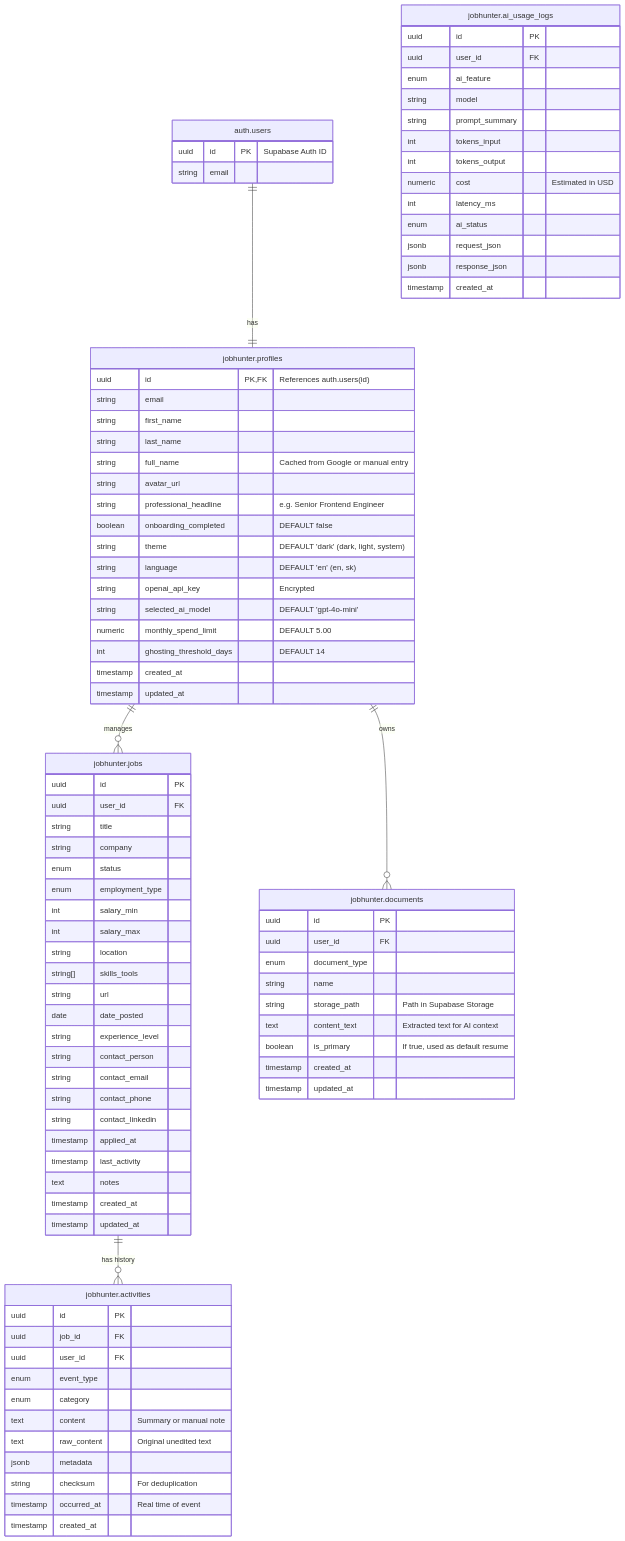
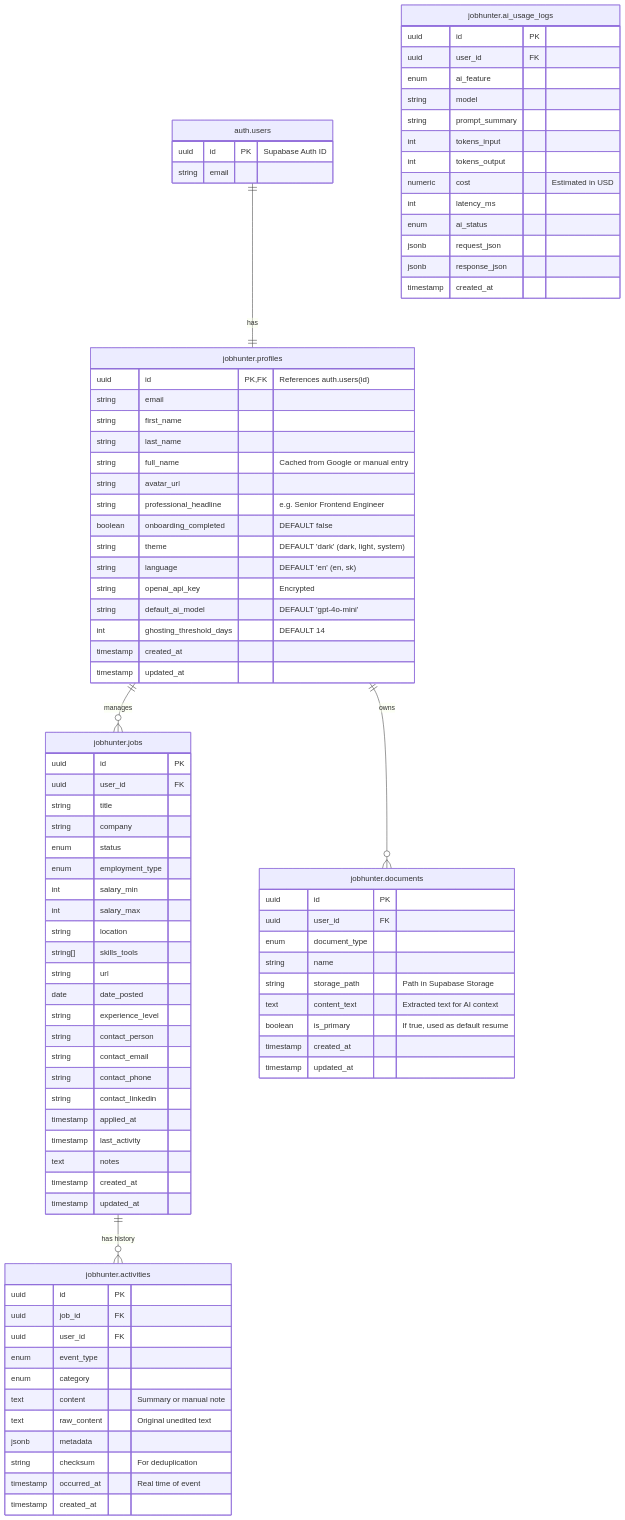
The diagram in docs/diagrams/er_model.md (piterb/jobhunter), drawn with Mermaid before and after one commit. The commit also changed 37 other files, not shown here.

```diff
--- a/docs/diagrams/er_model.md
+++ b/docs/diagrams/er_model.md
@@ -22,8 +22,7 @@
         string theme "DEFAULT 'dark' (dark, light, system)"
         string language "DEFAULT 'en' (en, sk)"
         string openai_api_key "Encrypted"
-        string selected_ai_model "DEFAULT 'gpt-4o-mini'"
-        numeric monthly_spend_limit "DEFAULT 5.00"
+        string default_ai_model "DEFAULT 'gpt-4o-mini'"
         int ghosting_threshold_days "DEFAULT 14"
         timestamp created_at
         timestamp updated_at
```
